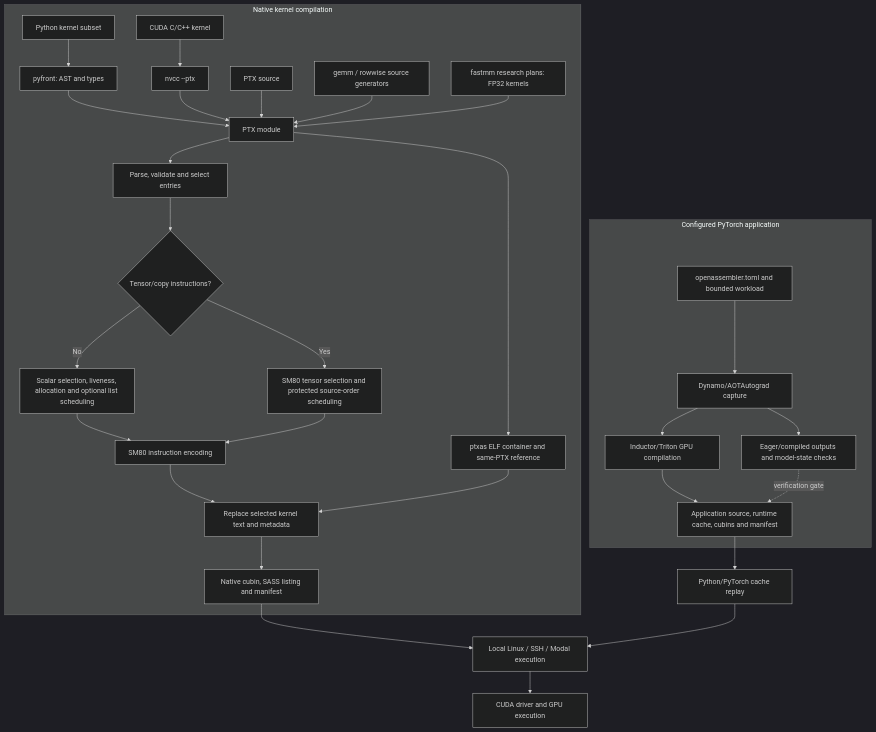
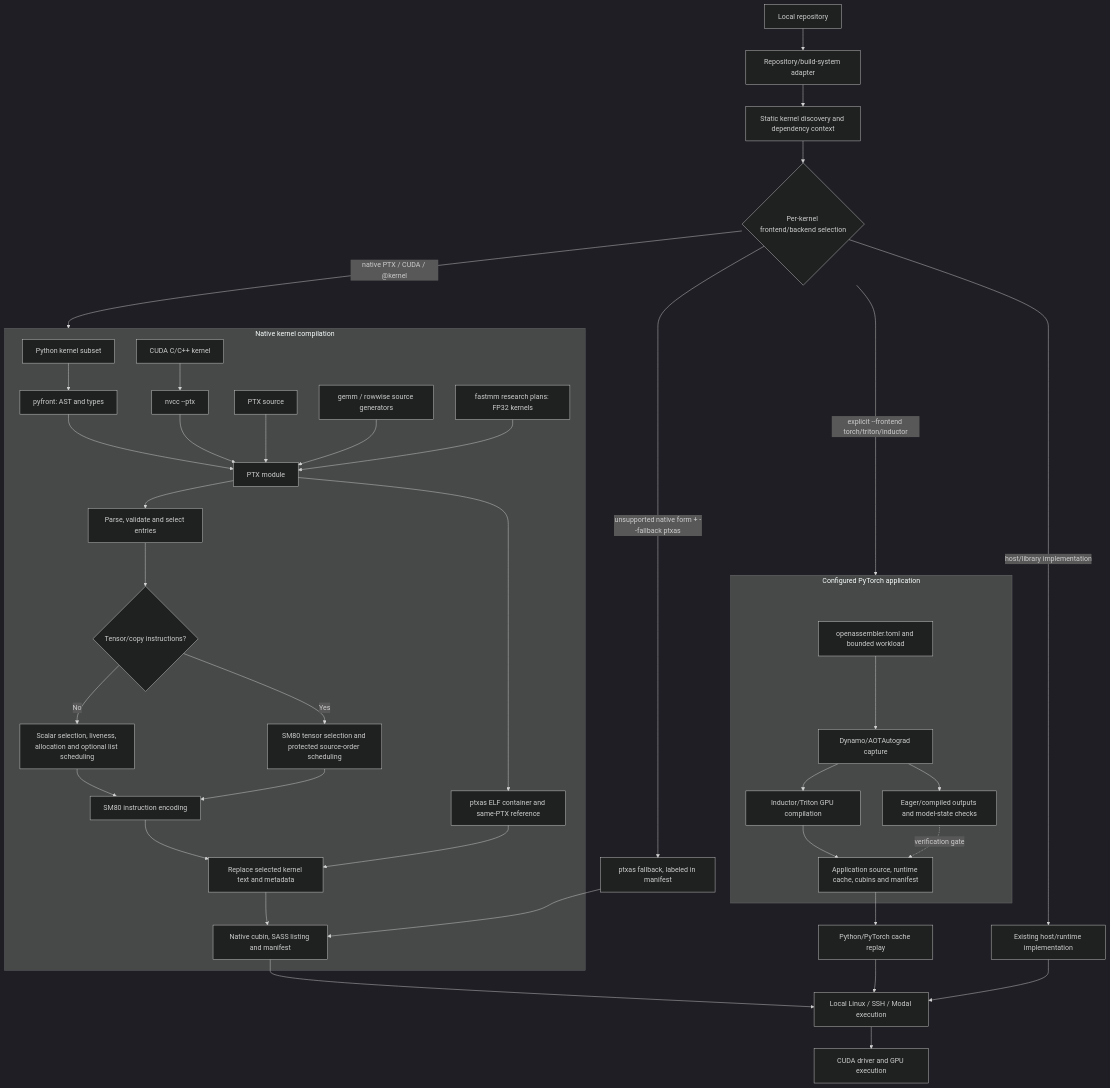
One commit to lucialuka/OpenAssembler changed the diagram in docs/STATUS.md. Above: the diagram before and after it, drawn with Mermaid (dark theme). The commit also changed other lines of this file and 54 other files, not shown here.

Commit message:
native OpenAssembler first compilation rather than using triton as the first place, while triton now remain as back ups

````diff
--- a/docs/STATUS.md
+++ b/docs/STATUS.md
@@ -52,33 +55,42 @@
 ```mermaid
 flowchart TB
+    REPO["Local repository"] --> ADAPT["Repository/build-system adapter"]
+    ADAPT --> DISC["Static kernel discovery and dependency context"]
+    DISC --> SELECT{"Per-kernel frontend/backend selection"}
+    SELECT -->|"native PTX / CUDA / @kernel"| N
+    SELECT -->|"explicit --frontend torch/triton/inductor"| A
+    SELECT -->|"unsupported native form + --fallback ptxas"| FALLBACK["ptxas fallback, labeled in manifest"]
+    SELECT -->|"host/library implementation"| HOST["Existing host/runtime implementation"]
     subgraph N["Native kernel compilation"]
         PY["Python kernel subset"] --> PF["pyfront: AST and types"]
         CU["CUDA C/C++ kernel"] --> NVCC["nvcc --ptx"]
         PF --> PTX["PTX module"]
         NVCC --> PTX
         RAW["PTX source"] --> PTX
         GP["gemm / rowwise source generators"] --> PTX
         FM["fastmm research plans: FP32 kernels"] --> PTX
         PTX --> PARSE["Parse, validate and select entries"]
         PARSE --> ROUTE{"Tensor/copy instructions?"}
         ROUTE -->|"No"| SC["Scalar selection, liveness, allocation and optional list scheduling"]
         ROUTE -->|"Yes"| TC["SM80 tensor selection and protected source-order scheduling"]
         SC --> ENC["SM80 instruction encoding"]
         TC --> ENC
         PTX --> CON["ptxas ELF container and same-PTX reference"]
         ENC --> SPLICE["Replace selected kernel text and metadata"]
         CON --> SPLICE
         SPLICE --> CUBIN["Native cubin, SASS listing and manifest"]
     end
     subgraph A["Configured PyTorch application"]
         CFG["openassembler.toml and bounded workload"] --> CAP["Dynamo/AOTAutograd capture"]
         CAP --> IND["Inductor/Triton GPU compilation"]
         IND --> BUNDLE["Application source, runtime cache, cubins and manifest"]
         CAP --> CHECK["Eager/compiled outputs and model-state checks"]
     end
     CUBIN --> RUN["Local Linux / SSH / Modal execution"]
     BUNDLE --> REPLAY["Python/PyTorch cache replay"]
     REPLAY --> RUN
     RUN --> GPU["CUDA driver and GPU execution"]
     CHECK -. "verification gate" .-> BUNDLE
+    FALLBACK --> CUBIN
+    HOST --> RUN
 ```
````
